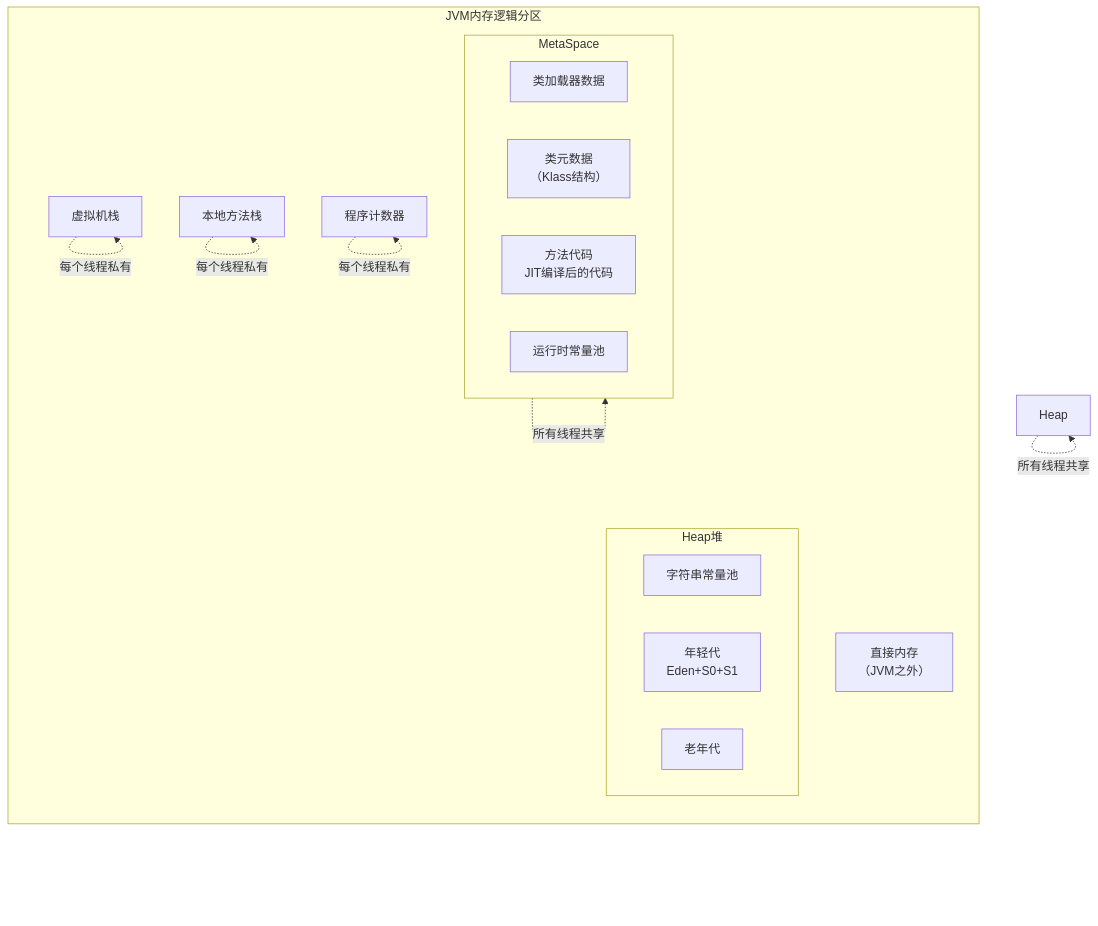
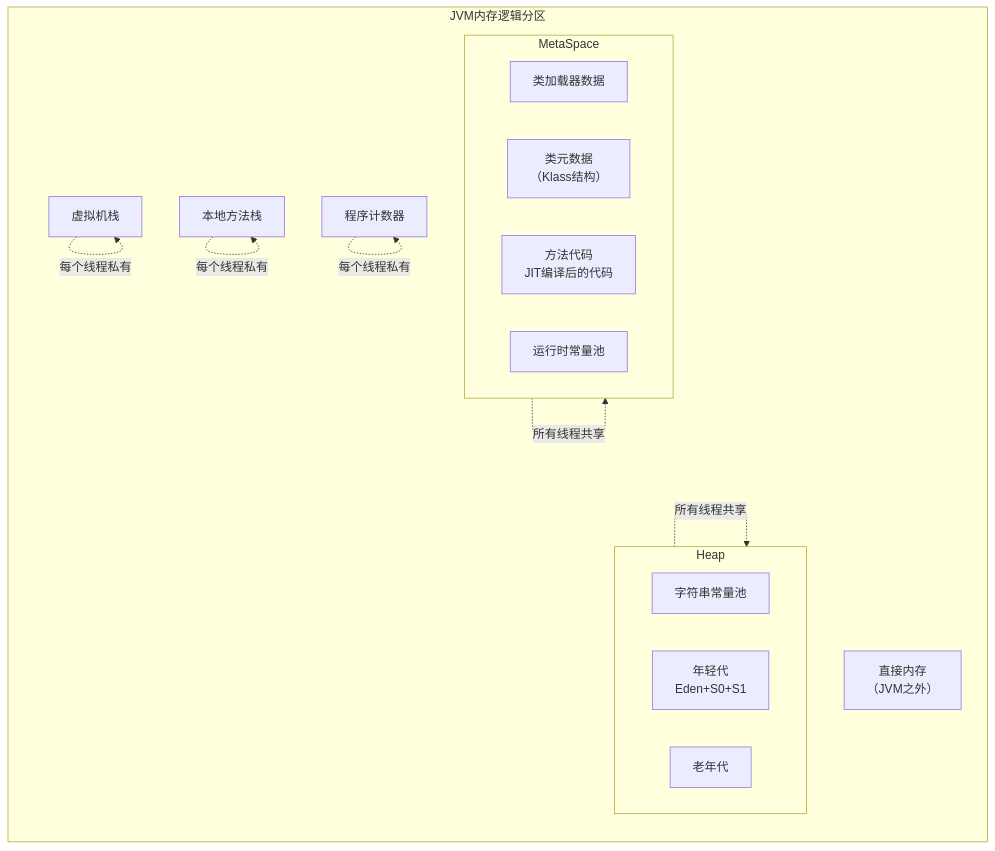
Before and after one commit to EBAOBAO/MyNotes: the second of 5 diagrams in java/SE/java SE.md, drawn with Mermaid.

Commit message:
vault backup: 2025-09-10 23:40:18

````diff
--- a/java/SE/java SE.md
+++ b/java/SE/java SE.md
@@ -4593,32 +4593,32 @@
 ```mermaid
 flowchart TD
 subgraph JVM内存逻辑分区
     direction TB
-    subgraph Heap堆
+    subgraph Heap
         direction LR
         SCP[字符串常量池]
         Young[年轻代<br>Eden+S0+S1]
         Old[老年代]
     end
 
     Stack[虚拟机栈]
     NativeStack[本地方法栈]
     PC[程序计数器]
 
     subgraph MetaSpace
         ClassLoader[类加载器数据]
         Klass[类元数据<br>（Klass结构）]
         Code[方法代码<br>JIT编译后的代码]
         Pool[运行时常量池]
     end
 
     DirectMemory[直接内存<br>（JVM之外）]
 end
 
 Stack -. 每个线程私有 .-> Stack
 NativeStack -. 每个线程私有 .-> NativeStack
 PC -. 每个线程私有 .-> PC
 
 Heap -. 所有线程共享 .-> Heap
 MetaSpace -. 所有线程共享 .-> MetaSpace
 ```
````
